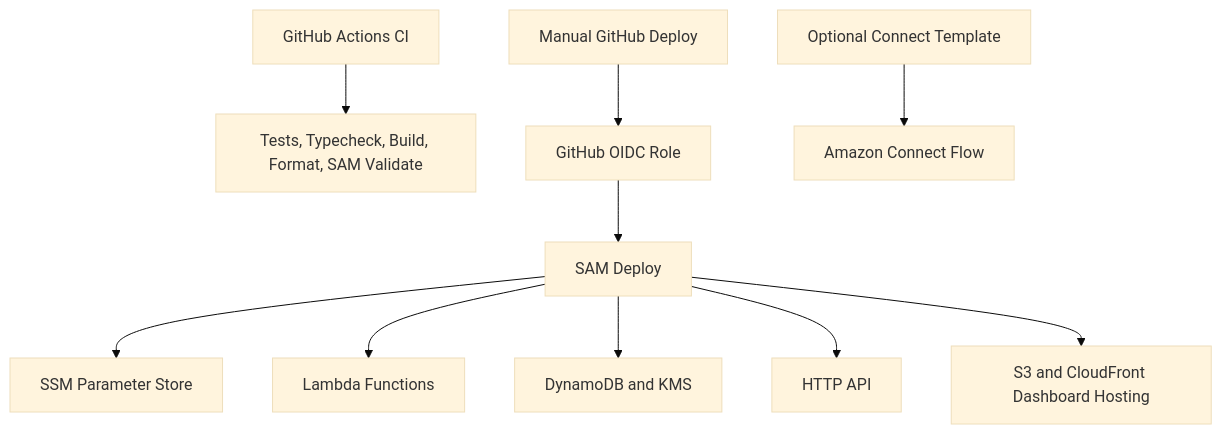
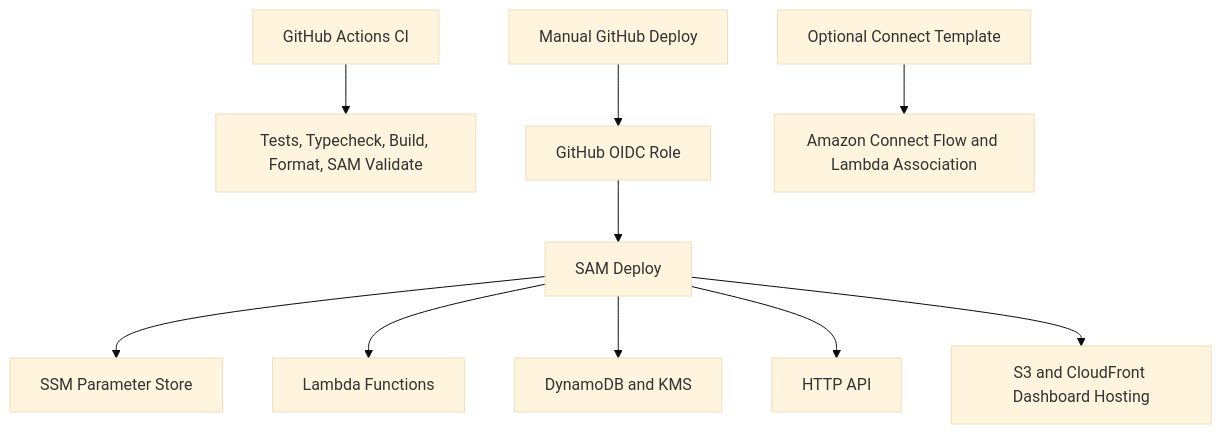
One commit to SagoBno/vanity-number-app changed the second of 2 diagrams in docs/architecture.md. Above: the diagram before and after it, drawn with Mermaid (base theme). The commit also changed other lines of this file and 12 other files, not shown here.

````diff
--- a/docs/architecture.md
+++ b/docs/architecture.md
@@ -26,12 +26,12 @@
 ```mermaid
 flowchart TD
     CI[GitHub Actions CI] --> Checks[Tests, Typecheck, Build, Format, SAM Validate]
     Deploy[Manual GitHub Deploy] --> OIDC[GitHub OIDC Role]
     OIDC --> SAM[SAM Deploy]
     SAM --> SSM[SSM Parameter Store]
     SAM --> Lambda[Lambda Functions]
     SAM --> Dynamo[DynamoDB and KMS]
     SAM --> HttpApi[HTTP API]
     SAM --> Hosting[S3 and CloudFront Dashboard Hosting]
-    ConnectTemplate[Optional Connect Template] --> Connect[Amazon Connect Flow]
+    ConnectTemplate[Optional Connect Template] --> Connect[Amazon Connect Flow and Lambda Association]
 ```
````
